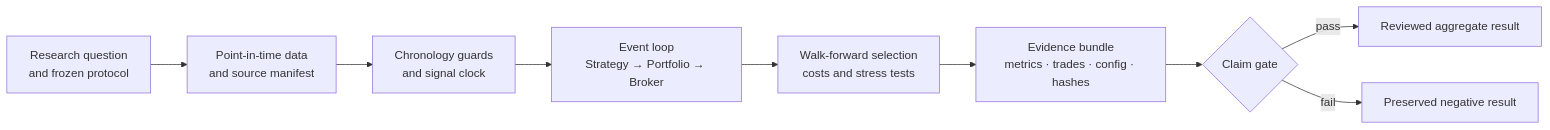
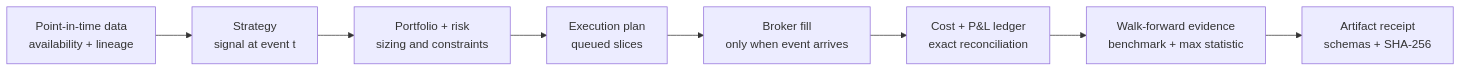
Before and after one commit to MateoBodon/microalpha: the diagram in README.md, drawn with Mermaid. The commit also changed other lines of this file and 99 other files, not shown here.

````diff
--- a/README.md
+++ b/README.md
@@ -63,11 +84,10 @@
 ```mermaid
 flowchart LR
-    A["Research question<br/>and frozen protocol"] --> B["Point-in-time data<br/>and source manifest"]
-    B --> C["Chronology guards<br/>and signal clock"]
-    C --> D["Event loop<br/>Strategy → Portfolio → Broker"]
-    D --> E["Walk-forward selection<br/>costs and stress tests"]
-    E --> F["Evidence bundle<br/>metrics · trades · config · hashes"]
-    F --> G{"Claim gate"}
-    G -->|pass| H["Reviewed aggregate result"]
-    G -->|fail| I["Preserved negative result"]
+    A["Point-in-time data<br/>availability + lineage"] --> B["Strategy<br/>signal at event t"]
+    B --> C["Portfolio + risk<br/>sizing and constraints"]
+    C --> D["Execution plan<br/>queued slices"]
+    D --> E["Broker fill<br/>only when event arrives"]
+    E --> F["Cost + P&L ledger<br/>exact reconciliation"]
+    F --> G["Walk-forward evidence<br/>benchmark + max statistic"]
+    G --> H["Artifact receipt<br/>schemas + SHA-256"]
 ```
````
